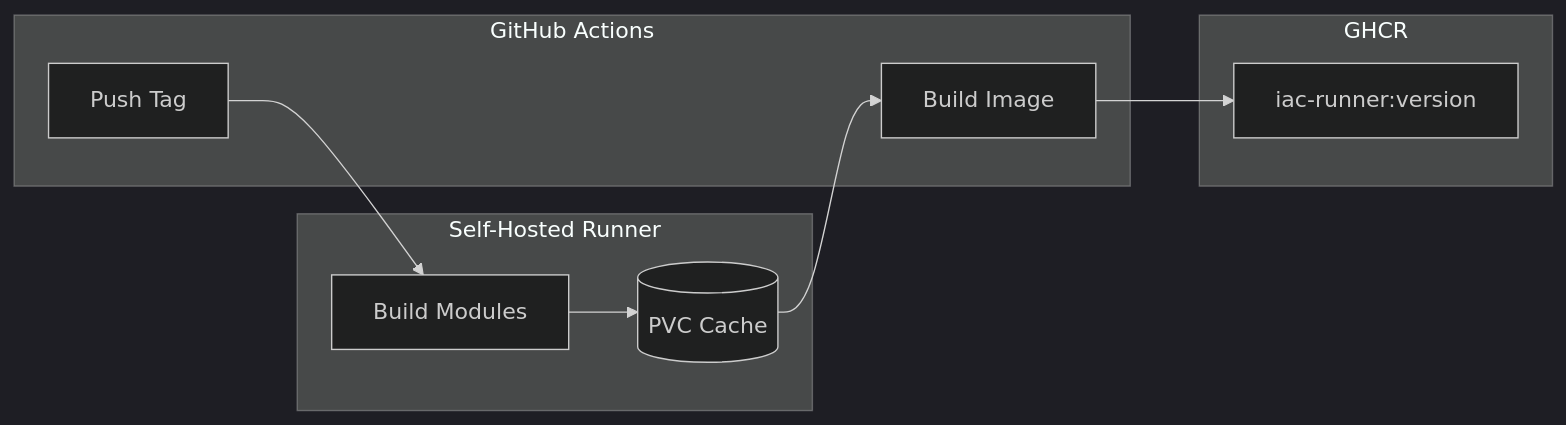
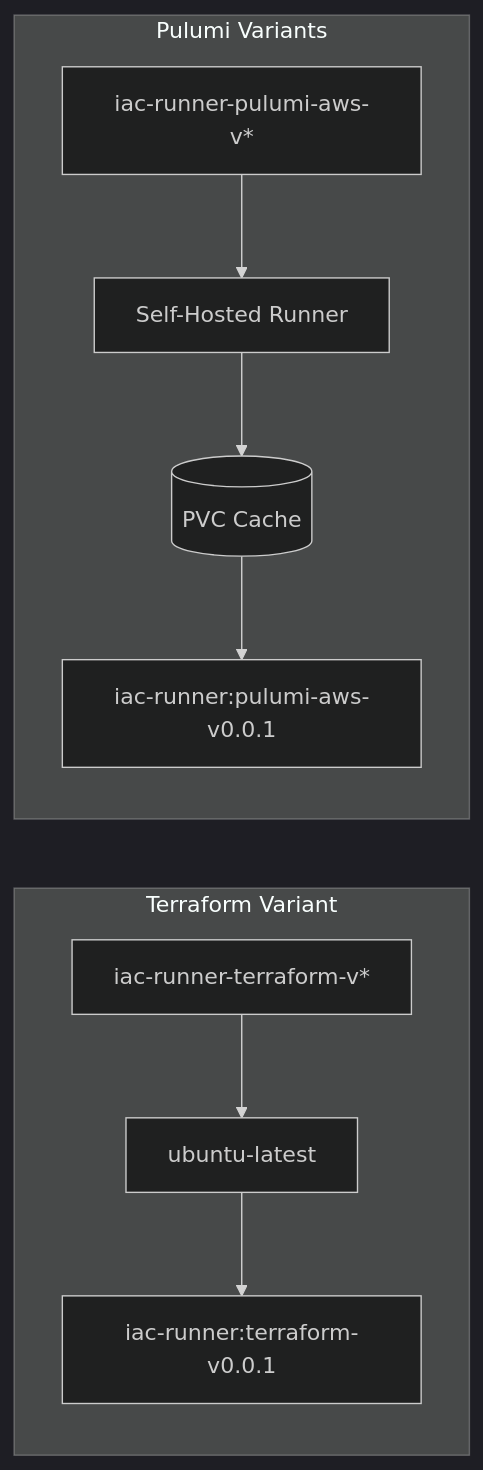
Before and after one commit to project-planton/project-planton: the diagram in base-images/iac-runner/README.md, drawn with Mermaid (dark theme). The commit also changed other lines of this file and 7 other files, not shown here.

First line of the commit message:
refactor(base-images): split iac-runner into terraform and per-provider pulumi variants

````diff
--- a/base-images/iac-runner/README.md
+++ b/base-images/iac-runner/README.md
@@ -33,19 +62,13 @@
 ```mermaid
 flowchart LR
-    subgraph Runner ["Self-Hosted Runner"]
-        PVC[(PVC Cache)]
-        Build[Build Modules]
+    subgraph Terraform [Terraform Variant]
+        TFTag["iac-runner-terraform-v*"] --> TFBuild[ubuntu-latest]
+        TFBuild --> TFImage["iac-runner:terraform-v0.0.1"]
     end
     
-    subgraph Workflow ["GitHub Actions"]
-        Tag[Push Tag] --> Build
-        Build --> PVC
-        PVC --> Docker[Build Image]
+    subgraph Pulumi [Pulumi Variants]
+        PulumiTag["iac-runner-pulumi-aws-v*"] --> SelfHosted[Self-Hosted Runner]
+        SelfHosted --> PVC[(PVC Cache)]
+        PVC --> PulumiImage["iac-runner:pulumi-aws-v0.0.1"]
     end
-    
-    subgraph Registry ["GHCR"]
-        Image[iac-runner:version]
-    end
-    
-    Docker --> Image
 ```
````
